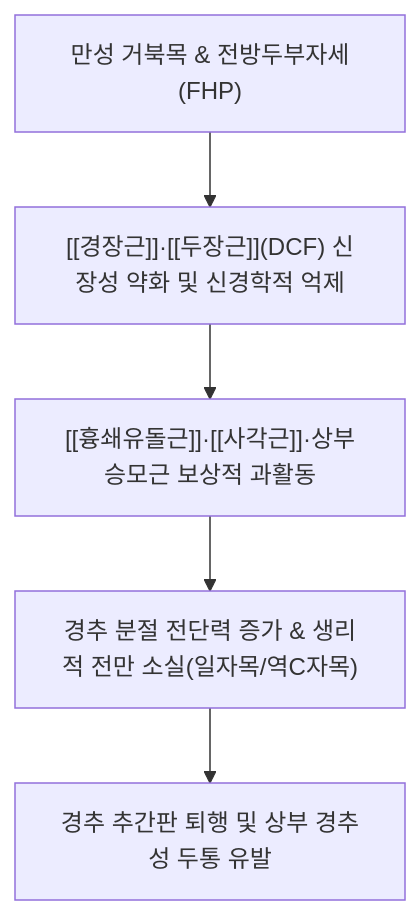
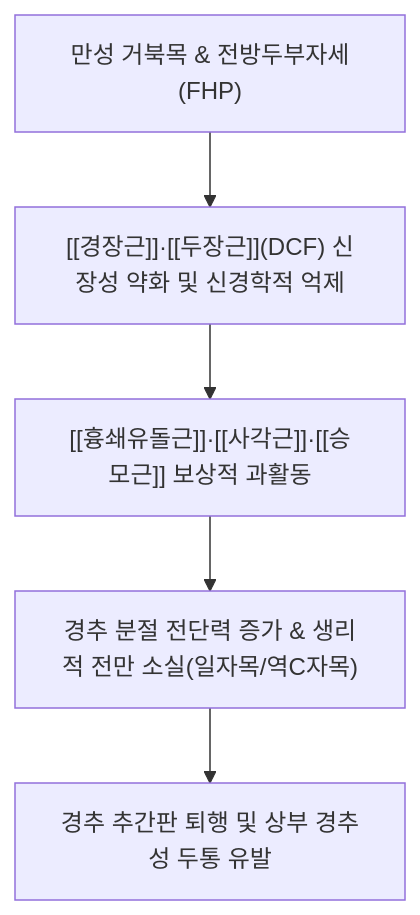
Before and after one commit to simbio11/simbio-digital-garden2: the first of 2 diagrams in content/1. 근골격계 공부/근육/(2) 경부/경장근.md, drawn with Mermaid. The commit also changed other lines of this file and 150 other files, not shown here.

````diff
--- a/content/1. 근골격계 공부/근육/(2) 경부/경장근.md
+++ b/content/1. 근골격계 공부/근육/(2) 경부/경장근.md
@@ -52,7 +58,7 @@
 ```mermaid
-graph TD
+flowchart TD
     ForwardHead["만성 거북목 & 전방두부자세(FHP)"] --> ElongationInhibition["[[경장근]]·[[두장근]](DCF) 신장성 약화 및 신경학적 억제"]
-    ElongationInhibition --> SuperficialHyperactivity["[[흉쇄유돌근]]·[[사각근]]·상부승모근 보상적 과활동"]
+    ElongationInhibition --> SuperficialHyperactivity["[[흉쇄유돌근]]·[[사각근]]·[[승모근]] 보상적 과활동"]
     SuperficialHyperactivity --> LordosisLoss["경추 분절 전단력 증가 & 생리적 전만 소실(일자목/역C자목)"]
     LordosisLoss --> DiscDegeneration["경추 추간판 퇴행 및 상부 경추성 두통 유발"]
 ```
````
